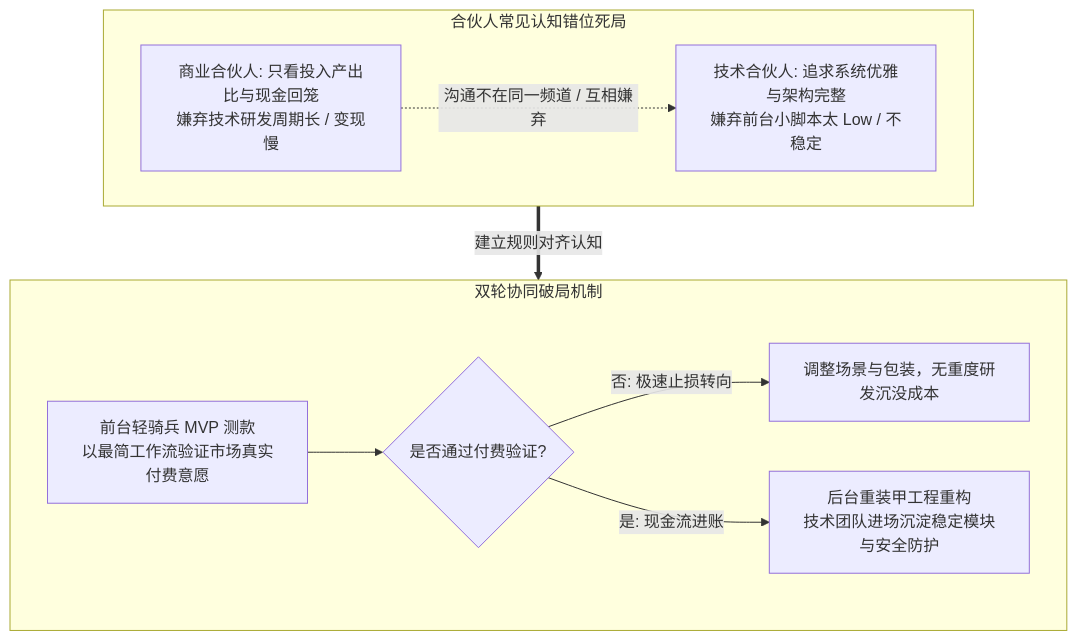
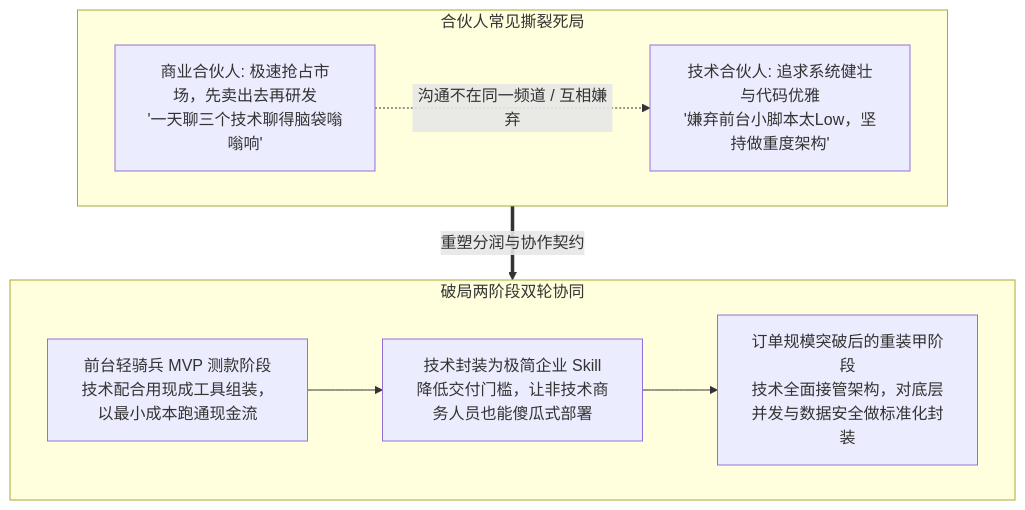
One commit to dollarser/knowledge changed diagram 12 of 13 in content/live-20261103-01.md. Above: the diagram before and after it, drawn with Mermaid. The commit also changed other lines of this file, not shown here.

````diff
--- a/content/live-20261103-01.md
+++ b/content/live-20261103-01.md
@@ -113,16 +468,17 @@
 ```mermaid
 flowchart TD
-    subgraph Trap["合伙人常见认知错位死局"]
-        Biz["商业合伙人: 只看投入产出比与现金回笼<br/>嫌弃技术研发周期长 / 变现慢"] 
-        Tech["技术合伙人: 追求系统优雅与架构完整<br/>嫌弃前台小脚本太 Low / 不稳定"]
+    subgraph Conflict["合伙人常见撕裂死局"]
+        Biz["商业合伙人: 极速抢占市场，先卖出去再研发<br/>'一天聊三个技术聊得脑袋嗡嗡响'"]
+        Tech["技术合伙人: 追求系统健壮与代码优雅<br/>'嫌弃前台小脚本太Low，坚持做重度架构'"]
         Biz -.->|沟通不在同一频道 / 互相嫌弃| Tech
     end
 
-    subgraph Solution["双轮协同破局机制"]
-        Front["前台轻骑兵 MVP 测款<br/>以最简工作流验证市场真实付费意愿"] --> Gate{"是否通过付费验证?"}
-        Gate -- 否: 极速止损转向 --> Pivot["调整场景与包装，无重度研发沉没成本"]
-        Gate -- 是: 现金流进账 --> Back["后台重装甲工程重构<br/>技术团队进场沉淀稳定模块与安全防护"]
+    subgraph Solution["破局两阶段双轮协同"]
+        S1["前台轻骑兵 MVP 测款阶段<br/>技术配合用现成工具组装，以最小成本跑通现金流"]
+        S2["技术封装为极简企业 Skill<br/>降低交付门槛，让非技术商务人员也能傻瓜式部署"]
+        S3["订单规模突破后的重装甲阶段<br/>技术全面接管架构，对底层并发与数据安全做标准化封装"]
+        S1 --> S2 --> S3
     end
 
-    Trap ==>|建立规则对齐认知| Solution
+    Conflict ==>|重塑分润与协作契约| Solution
 ```
````
